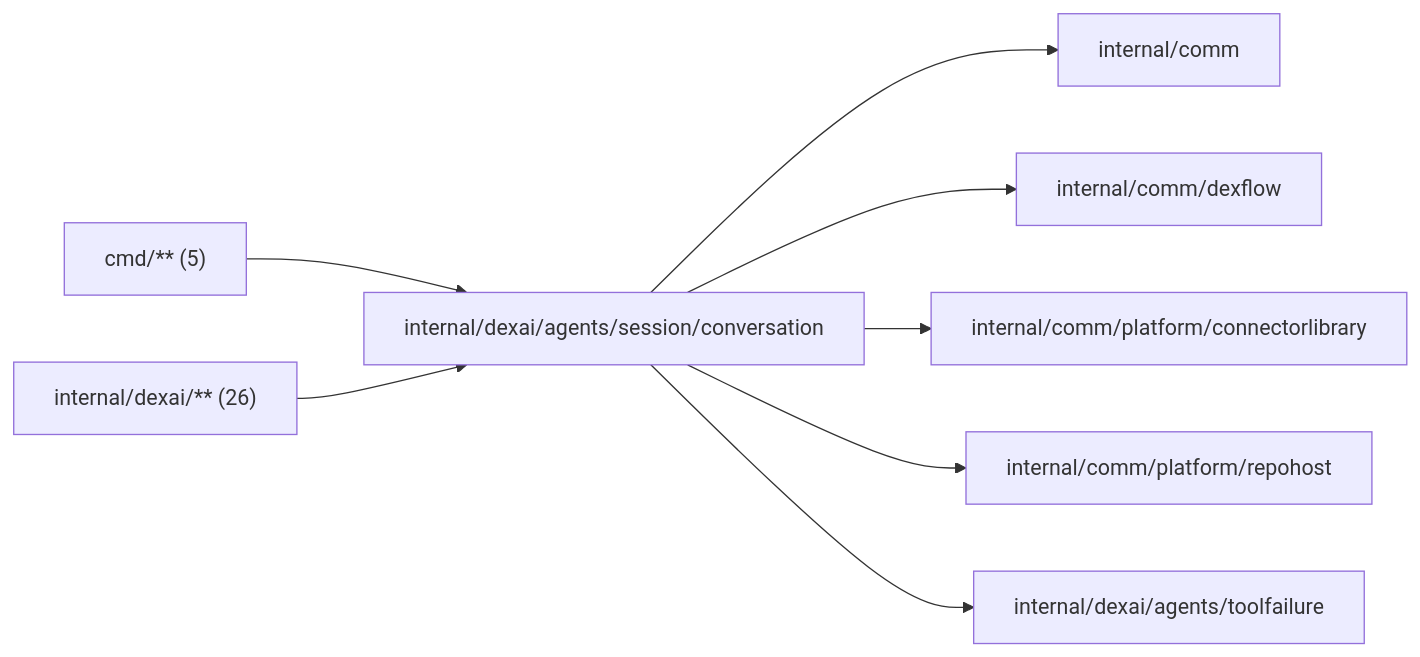
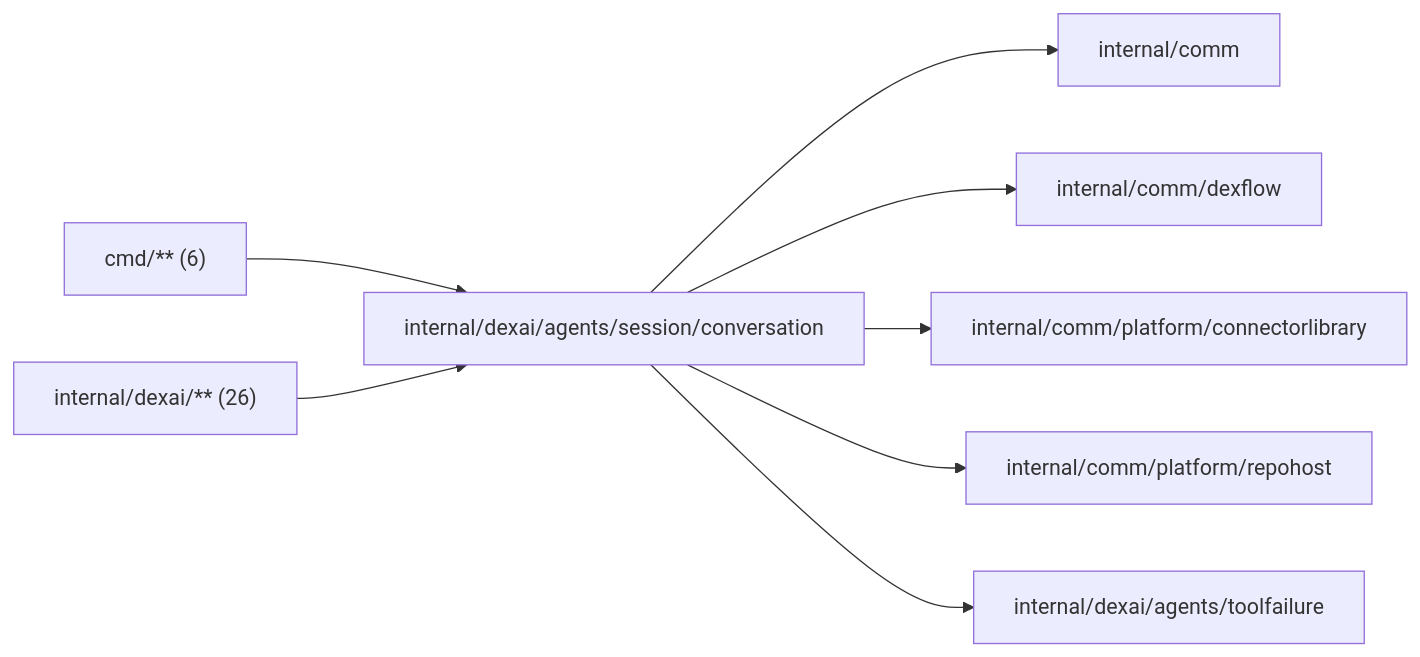
The diagram in internal/dexai/agents/session/conversation/README.md (superdurable/superverse), drawn with Mermaid before and after one commit. The commit also changed other lines of this file and 15 other files, not shown here.

````diff
--- a/internal/dexai/agents/session/conversation/README.md
+++ b/internal/dexai/agents/session/conversation/README.md
@@ -10,11 +10,11 @@
 ```mermaid
 flowchart LR
   self["internal/dexai/agents/session/conversation"]
-  c0["cmd/** (5)"] --> self
+  c0["cmd/** (6)"] --> self
   c1["internal/dexai/** (26)"] --> self
   self --> d0["internal/comm"]
   self --> d1["internal/comm/dexflow"]
   self --> d2["internal/comm/platform/connectorlibrary"]
   self --> d3["internal/comm/platform/repohost"]
   self --> d4["internal/dexai/agents/toolfailure"]
 ```
````
